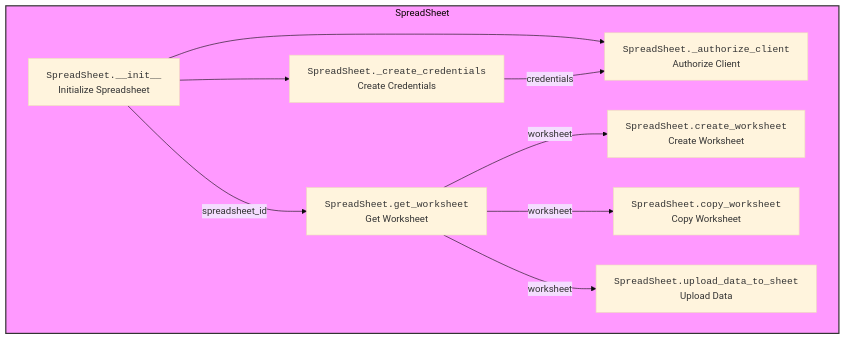
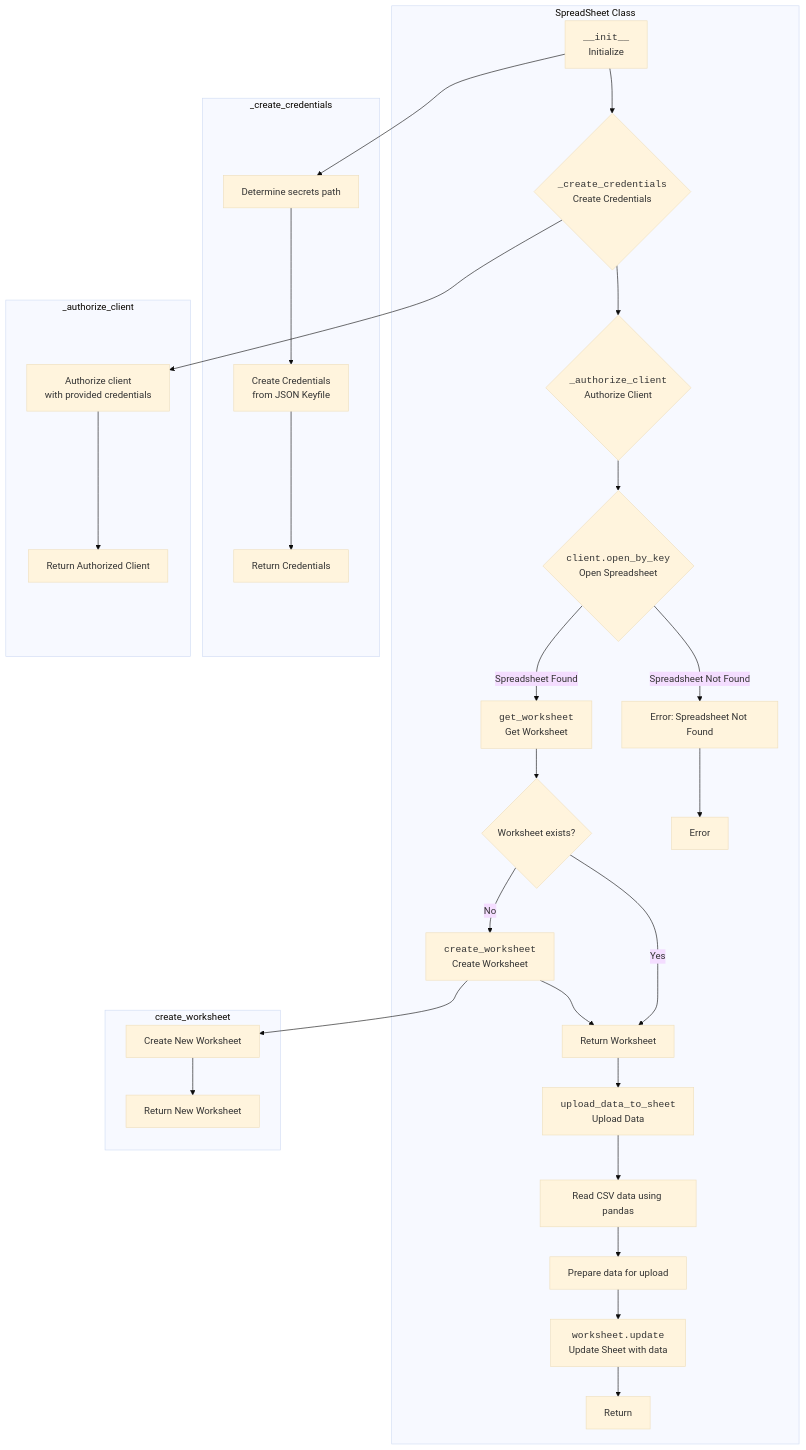
Before and after one commit to hypo69/hypo: the diagram in docs/gemini/ru/explainer/src/goog/spreadsheet/spreadsheet.py.md, drawn with Mermaid (base theme). The commit also changed other lines of this file and 1505 other files, not shown here.

````diff
--- a/docs/gemini/ru/explainer/src/goog/spreadsheet/spreadsheet.py.md
+++ b/docs/gemini/ru/explainer/src/goog/spreadsheet/spreadsheet.py.md
@@ -87,27 +53,37 @@
 ```mermaid
 flowchart TD
-    subgraph SpreadSheet
-        A[<code>SpreadSheet.__init__</code><br>Initialize Spreadsheet]
-        B[<code>SpreadSheet._create_credentials</code><br>Create Credentials]
-        C[<code>SpreadSheet._authorize_client</code><br>Authorize Client]
-        D[<code>SpreadSheet.get_worksheet</code><br>Get Worksheet]
-        E[<code>SpreadSheet.create_worksheet</code><br>Create Worksheet]
-        F[<code>SpreadSheet.copy_worksheet</code><br>Copy Worksheet]
-        G[<code>SpreadSheet.upload_data_to_sheet</code><br>Upload Data]
+    subgraph SpreadSheet Class
+        A[<code>__init__</code><br>Initialize] --> B{<code>_create_credentials</code><br>Create Credentials}
+        B --> C{<code>_authorize_client</code><br>Authorize Client}
+        C --> D{<code>client.open_by_key</code><br>Open Spreadsheet}
+        D -- Spreadsheet Found --> E[<code>get_worksheet</code><br>Get Worksheet]
+        D -- Spreadsheet Not Found --> F[Error: Spreadsheet Not Found]
+        E --> G{Worksheet exists?}
+         G -- Yes --> H[Return Worksheet]
+        G -- No --> I[<code>create_worksheet</code><br>Create Worksheet]
+        I --> H
+        H --> J[<code>upload_data_to_sheet</code><br>Upload Data]
+        J --> K[Read CSV data using pandas]
+        K --> L[Prepare data for upload]
+        L --> M[<code>worksheet.update</code><br>Update Sheet with data]
+        M --> N[Return]
+        F --> Z[Error]
     end
     
-    A --> B
-    A --> C
-    A -->|spreadsheet_id| D
-    D -->|worksheet|E
-    D -->|worksheet| F
+   subgraph _create_credentials
+    AA[Determine secrets path] -->  BB[Create Credentials <br> from JSON Keyfile]
+    BB --> CC[Return Credentials]
+   end
     
-    D -->|worksheet|G
+    subgraph _authorize_client
+    DD[Authorize client <br> with provided credentials] -->  EE[Return Authorized Client]
+   end
     
-    B -->|credentials|C
-        
+     subgraph create_worksheet
+    FF[Create New Worksheet] -->  GG[Return New Worksheet]
+   end
     
-    
-    classDef classFill fill:#f9f,stroke:#333,stroke-width:2px
-    class SpreadSheet classFill
+    A --> AA
+    B --> DD
+    I --> FF
 ```
````
